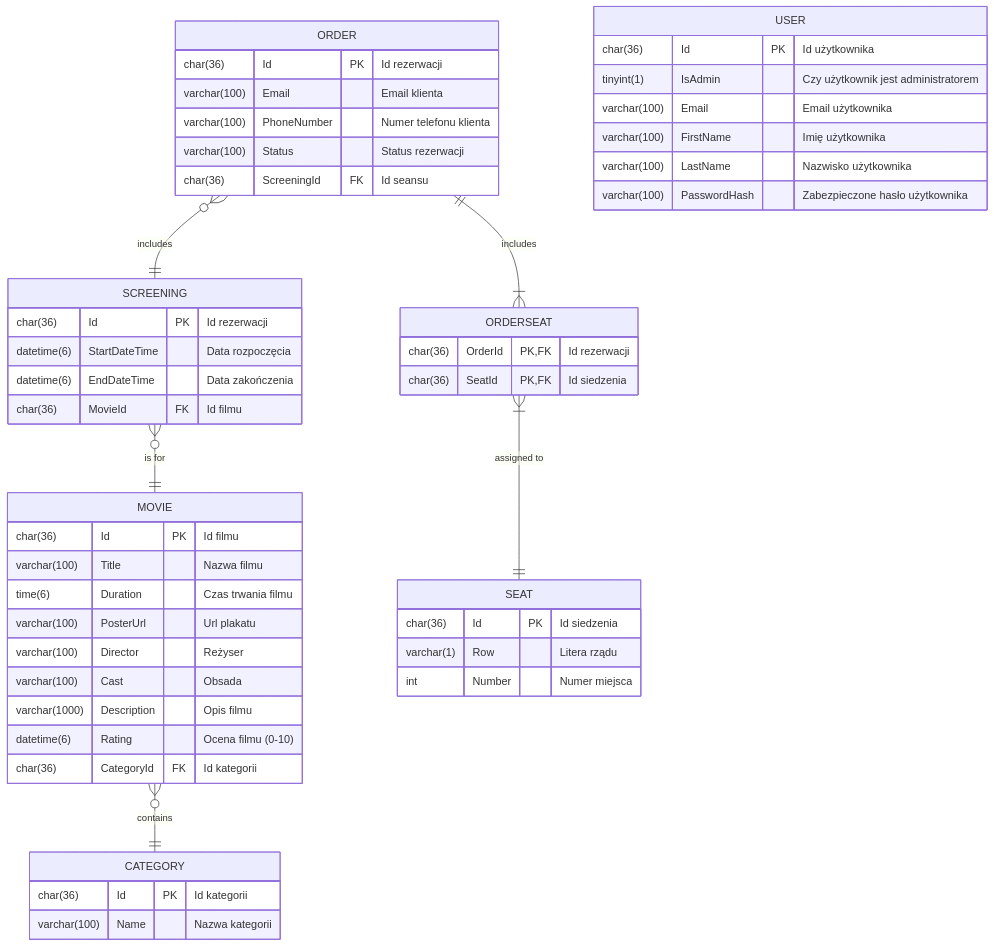
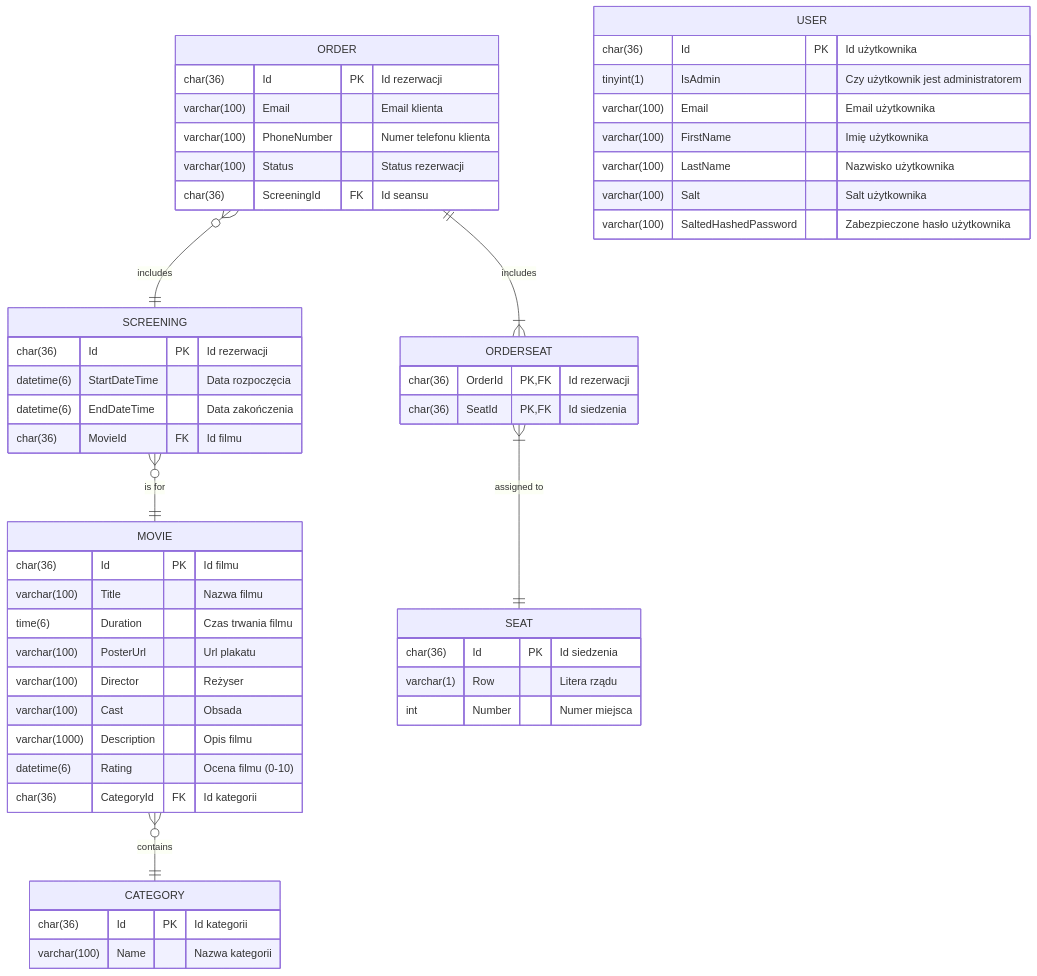
Before and after one commit to NorbertKaczmarek/cinema: the diagram in README.md, drawn with Mermaid. The commit also changed 13 other files, not shown here.

````diff
--- a/README.md
+++ b/README.md
@@ -13,61 +13,62 @@
 ```mermaid
 erDiagram
     ORDER       }o--||  SCREENING   : "includes"
     SCREENING   }o--||  MOVIE       : "is for"
     MOVIE       }o--||  CATEGORY    : "contains"
     
     ORDER       ||--|{  ORDERSEAT   : "includes"
     ORDERSEAT   }|--||  SEAT        : "assigned to"
 
     ORDER {
         char(36)        Id              PK  "Id rezerwacji"
         varchar(100)    Email               "Email klienta"
         varchar(100)    PhoneNumber         "Numer telefonu klienta"
         varchar(100)    Status              "Status rezerwacji"
         char(36)        ScreeningId     FK  "Id seansu"
     }
 
     SCREENING {
         char(36)        Id              PK  "Id rezerwacji"
         datetime(6)     StartDateTime       "Data rozpoczęcia"
         datetime(6)     EndDateTime         "Data zakończenia"
         char(36)        MovieId         FK  "Id filmu"
     }
     
     MOVIE {
         char(36)        Id              PK  "Id filmu"
         varchar(100)    Title               "Nazwa filmu"
         time(6)         Duration            "Czas trwania filmu"
         varchar(100)    PosterUrl           "Url plakatu"
         varchar(100)    Director            "Reżyser"
         varchar(100)    Cast                "Obsada"
         varchar(1000)   Description         "Opis filmu"
         datetime(6)     Rating              "Ocena filmu (0-10)"
         char(36)        CategoryId      FK  "Id kategorii"
     }
     
     CATEGORY {
         char(36)        Id              PK  "Id kategorii"
         varchar(100)    Name                "Nazwa kategorii"
     }
     
     SEAT {
         char(36)        Id              PK  "Id siedzenia"
         varchar(1)      Row                 "Litera rządu"
         int             Number              "Numer miejsca"
     }
     
     ORDERSEAT {
-        char(36)        OrderId         PK,FK  "Id rezerwacji"
-        char(36)        SeatId          PK,FK  "Id siedzenia"
+        char(36)        OrderId         PK,FK  	"Id rezerwacji"
+        char(36)        SeatId          PK,FK  	"Id siedzenia"
     }
     
     USER {
-        char(36)        Id              PK  "Id użytkownika"
-        tinyint(1)      IsAdmin             "Czy użytkownik jest administratorem"
-        varchar(100)    Email               "Email użytkownika"
-        varchar(100)    FirstName           "Imię użytkownika"
-        varchar(100)    LastName            "Nazwisko użytkownika"
-        varchar(100)    PasswordHash        "Zabezpieczone hasło użytkownika"
+        char(36)        Id              PK  	"Id użytkownika"
+        tinyint(1)      IsAdmin             	"Czy użytkownik jest administratorem"
+        varchar(100)    Email               	"Email użytkownika"
+        varchar(100)    FirstName           	"Imię użytkownika"
+        varchar(100)    LastName            	"Nazwisko użytkownika"
+        varchar(100)    Salt		        	"Salt użytkownika"
+        varchar(100)    SaltedHashedPassword	"Zabezpieczone hasło użytkownika"
     }
 ```
````
